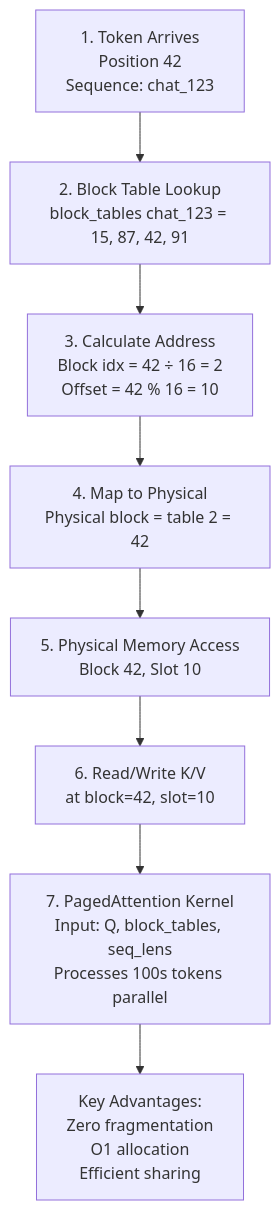
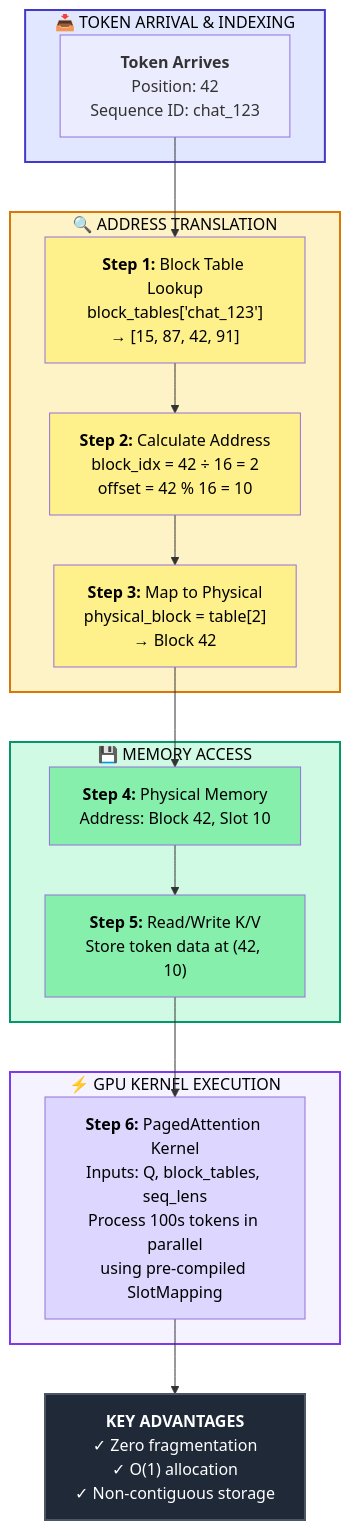
Before and after one commit to Shahriarin2garden/vllm_from_scratch: the sixth of 9 diagrams in lab0.3/README.md, drawn with Mermaid. The commit also changed other lines of this file, not shown here.

Commit message:
Enhance Lab 0.3 README with detailed mermaid diagrams for KV cache operations, improving clarity and visual representation of memory management concepts.

````diff
--- a/lab0.3/README.md
+++ b/lab0.3/README.md
@@ -455,22 +492,40 @@
 ```mermaid
 graph TD
-    T1[1. Token Arrives<br/>Position 42<br/>Sequence: chat_123]
+    subgraph REQUEST["📥 TOKEN ARRIVAL & INDEXING"]
+        T1["<b>Token Arrives</b><br/>Position: 42<br/>Sequence ID: chat_123"]
+    end
     
-    BT[2. Block Table Lookup<br/>block_tables chat_123 = 15, 87, 42, 91]
+    subgraph TRANSLATION["🔍 ADDRESS TRANSLATION"]
+        BT["<b>Step 1:</b> Block Table Lookup<br/>block_tables['chat_123']<br/>→ [15, 87, 42, 91]"]
+        
+        Calc["<b>Step 2:</b> Calculate Address<br/>block_idx = 42 ÷ 16 = 2<br/>offset = 42 % 16 = 10"]
+        
+        Map["<b>Step 3:</b> Map to Physical<br/>physical_block = table[2]<br/>→ Block 42"]
+    end
     
-    Calc[3. Calculate Address<br/>Block idx = 42 ÷ 16 = 2<br/>Offset = 42 % 16 = 10]
+    subgraph MEMORY["💾 MEMORY ACCESS"]
+        PM["<b>Step 4:</b> Physical Memory<br/>Address: Block 42, Slot 10"]
+        
+        Read["<b>Step 5:</b> Read/Write K/V<br/>Store token data at (42, 10)"]
+    end
     
-    Map[4. Map to Physical<br/>Physical block = table 2 = 42]
+    subgraph KERNEL["⚡ GPU KERNEL EXECUTION"]
+        Kernel["<b>Step 6:</b> PagedAttention Kernel<br/>Inputs: Q, block_tables, seq_lens<br/>Process 100s tokens in parallel<br/>using pre-compiled SlotMapping"]
+    end
     
-    PM[5. Physical Memory Access<br/>Block 42, Slot 10]
+    BENEFITS["<b style='color:#fff'>KEY ADVANTAGES</b><br/>✓ Zero fragmentation<br/>✓ O(1) allocation<br/>✓ Non-contiguous storage"]
     
-    Read[6. Read/Write K/V<br/>at block=42, slot=10]
+    T1 --> BT --> Calc --> Map --> PM --> Read --> Kernel --> BENEFITS
     
-    Kernel[7. PagedAttention Kernel<br/>Input: Q, block_tables, seq_lens<br/>Processes 100s tokens parallel]
-    
-    T1 --> BT --> Calc --> Map --> PM --> Read --> Kernel
-    
-    Efficiency[Key Advantages:<br/>Zero fragmentation<br/>O1 allocation<br/>Efficient sharing]
-    
-    Kernel --> Efficiency
+    style REQUEST fill:#e0e7ff,stroke:#4338ca,stroke-width:2px,color:#000
+    style TRANSLATION fill:#fef3c7,stroke:#d97706,stroke-width:2px,color:#000
+    style BT fill:#fef08a,color:#000
+    style Calc fill:#fef08a,color:#000
+    style Map fill:#fef08a,color:#000
+    style MEMORY fill:#d1fae5,stroke:#059669,stroke-width:2px,color:#000
+    style PM fill:#86efac,color:#000
+    style Read fill:#86efac,color:#000
+    style KERNEL fill:#f5f3ff,stroke:#7c3aed,stroke-width:2px,color:#000
+    style Kernel fill:#ddd6fe,color:#000
+    style BENEFITS fill:#1f2937,color:#fff,stroke:#4b5563,stroke-width:2px
 ```
````
